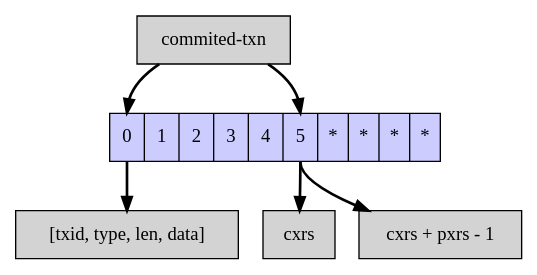
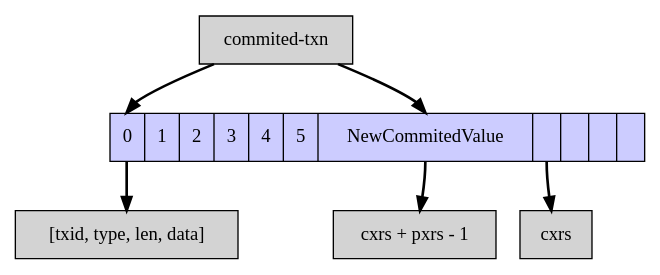
Before and after one commit to SteNicholas/openinx.github.io: the diagram in images/graphviz/leafentry-stack-commit.dot, drawn with Graphviz. The commit also changed 5 other files, not shown here.

```diff
--- a/images/graphviz/leafentry-stack-commit.dot
+++ b/images/graphviz/leafentry-stack-commit.dot
@@ -1,30 +1,30 @@
 digraph {
 	rankdir = TD
 	node [shape = record, style =filled];   
 	edge [style = bold]; 
 
 
     commited_txn   [ label = "<head> commited-txn" ]
     // uncommied_txn  [ label = "<head> uncommited-txn "]
 
-	array [ label = "<a0> 0 | 1 | 2 | 3 | 4 | <a5> 5 | * | * | * | *", fillcolor="#CCCCFF"]
+	array [ label = "<a0> 0 | 1 | 2 | 3 | 4 |  5 | <a5> NewCommitedValue | <a6>  |  |  |", fillcolor="#CCCCFF"]
 
 
 	detail [ label = "<head> [txid, type, len, data] "]
 	cxrs   [ label = "<head> cxrs" ]
 	end    [ label = "<head> cxrs + pxrs - 1"]
 
 
 
 	commited_txn:head -> array:a0
 	commited_txn:head -> array:a5
 
 
 	//uncommied_txn:head -> array
 	//uncommied_txn:head -> array
 
 
 	array:a0 -> detail:head 
-	array:a5 -> cxrs: head 
+	array:a6 -> cxrs: head 
 	array:a5 -> end: head
 }
```
